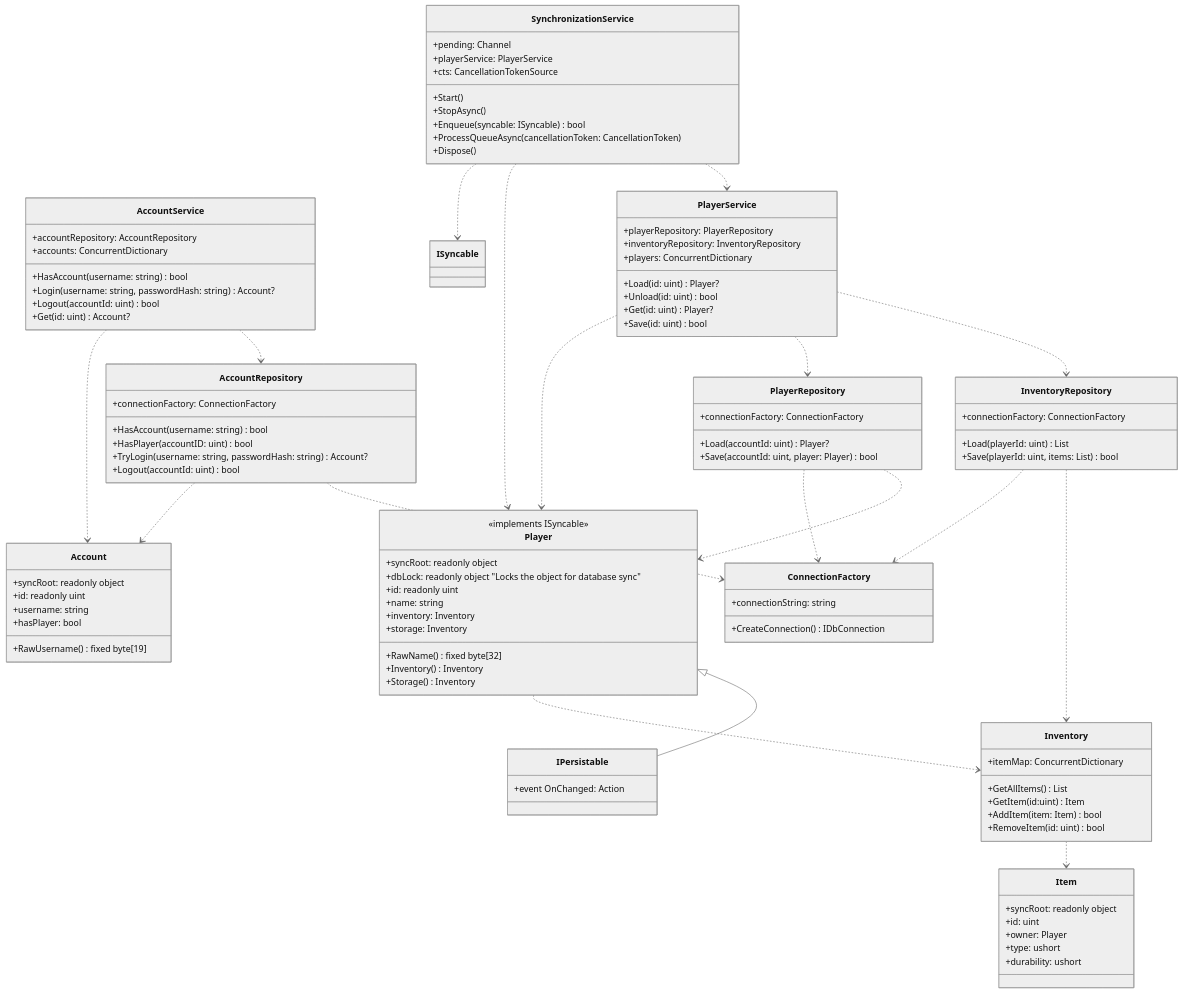
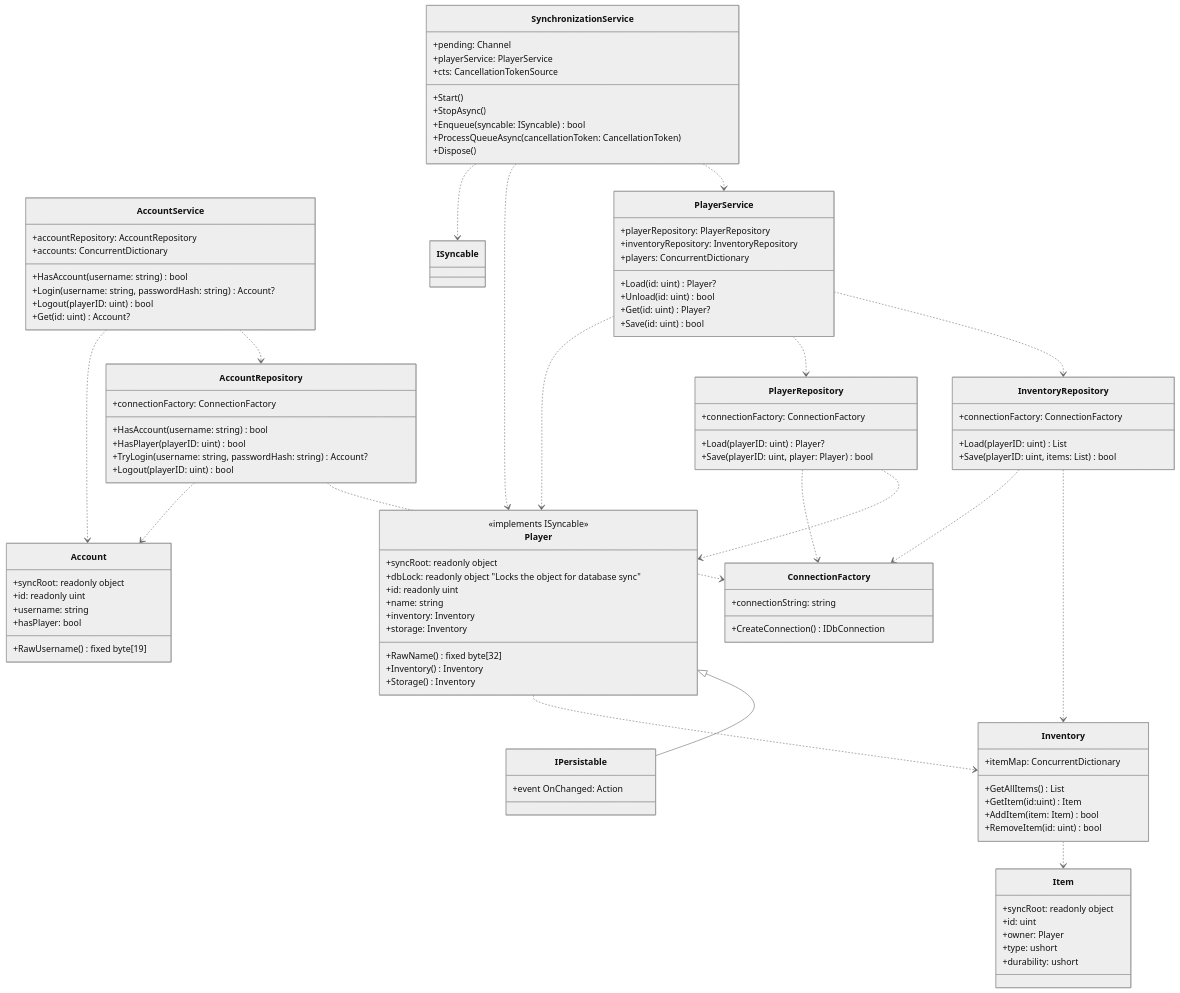
Before and after one commit to tompatato/fotd-server: the diagram in docs/llm-prompt.md, drawn with Mermaid (neutral theme). The commit also changed other lines of this file and 144 other files, not shown here.

````diff
--- a/docs/llm-prompt.md
+++ b/docs/llm-prompt.md
@@ -164,7 +164,7 @@
 
     +HasAccount(username: string) bool
     +Login(username: string, passwordHash: string) Account?
-    +Logout(accountId: uint) bool
+    +Logout(playerID: uint) bool
     +Get(id: uint) Account?
   }
   class PlayerService {
@@ -196,20 +196,20 @@
     +connectionFactory: ConnectionFactory
 
     +HasAccount(username: string) bool
-    +HasPlayer(accountID: uint) bool
+    +HasPlayer(playerID: uint) bool
     +TryLogin(username: string, passwordHash: string) Account?
-    +Logout(accountId: uint) bool
+    +Logout(playerID: uint) bool
   }
   class PlayerRepository {
     +connectionFactory: ConnectionFactory
 
-    +Load(accountId: uint) Player?
-    +Save(accountId: uint, player: Player) bool
+    +Load(playerID: uint) Player?
+    +Save(playerID: uint, player: Player) bool
   }
   class InventoryRepository {
     +connectionFactory: ConnectionFactory
 
-    +Load(playerId: uint) List<Item>
-    +Save(playerId: uint, items: List<Item>) bool
+    +Load(playerID: uint) List<Item>
+    +Save(playerID: uint, items: List<Item>) bool
   }
 ```
````
